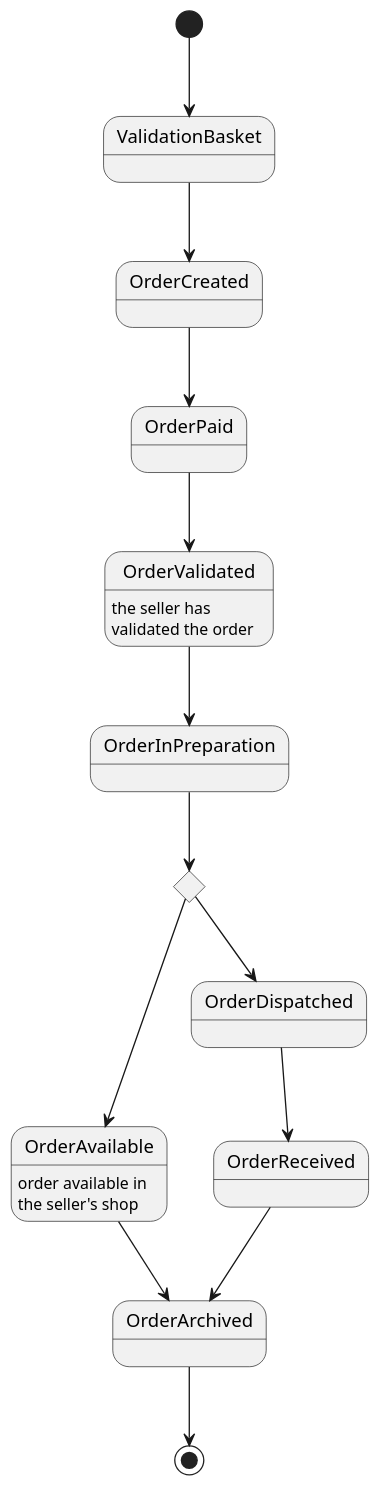
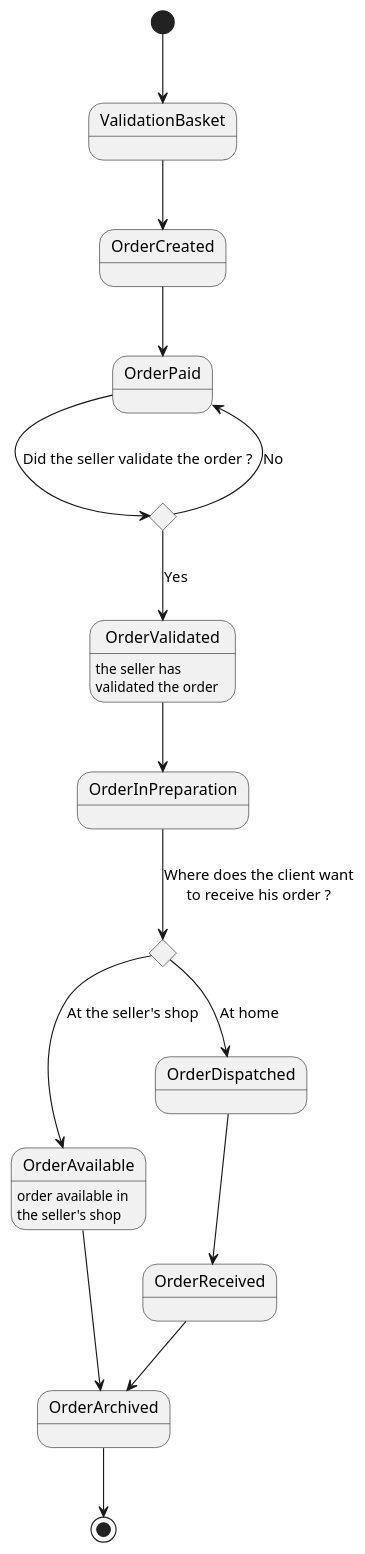
Before and after one commit to AnnaMasante/Mercat: the diagram in src/StateDiagramOrderTraitement.puml, drawn with PlantUML.

Commit message:
Suite modifications diagramme

```diff
--- a/src/StateDiagramOrderTraitement.puml
+++ b/src/StateDiagramOrderTraitement.puml
@@ -1,20 +1,22 @@
 @startuml
 scale 350 width
 [*] --> ValidationBasket
 ValidationBasket --> OrderCreated
 OrderCreated-->OrderPaid
-OrderPaid-->OrderValidated
-
+state a<<choice>>
+OrderPaid-->a : Did the seller validate the order ?
+a-->OrderValidated : Yes
+a-->OrderPaid : No
 OrderValidated : the seller has\nvalidated the order
 
 OrderValidated-->OrderInPreparation
 state c <<choice>>
-OrderInPreparation --> c
-c-->OrderAvailable
+OrderInPreparation --> c : Where does the client want\nto receive his order ?
+c-->OrderAvailable : At the seller's shop
 OrderAvailable : order available in\nthe seller's shop
 OrderAvailable --> OrderArchived
-c-->OrderDispatched
+c-->OrderDispatched : At home
 OrderDispatched-->OrderReceived
 OrderReceived-->OrderArchived
 OrderArchived-->[*]
 @enduml
```
